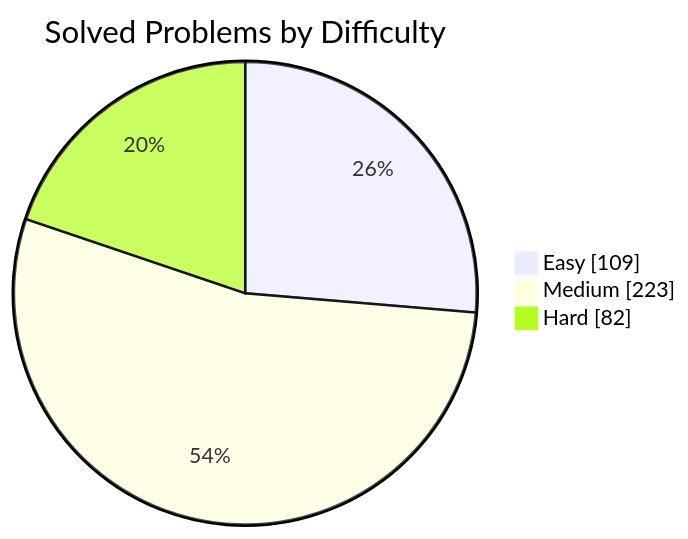
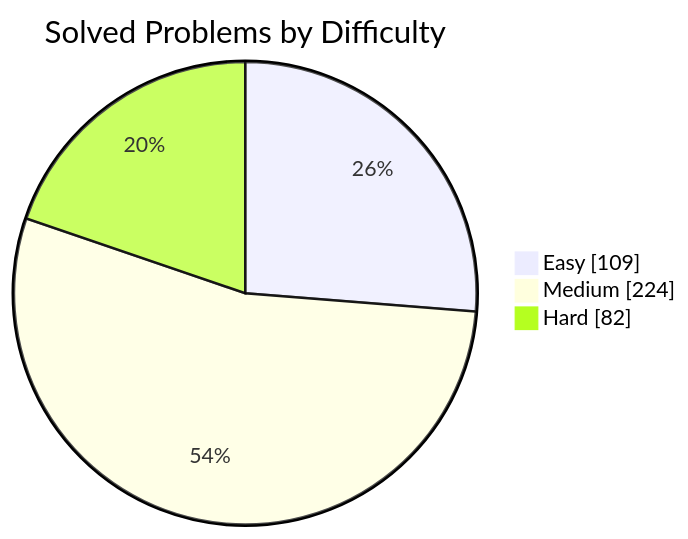
Before and after one commit to manikantbindass/DSA-Preparation-FAANG: the first of 2 diagrams in README.md, drawn with Mermaid. The commit also changed other lines of this file and 1 other file, not shown here.

````diff
--- a/README.md
+++ b/README.md
@@ -77,7 +77,7 @@
 ```mermaid
 pie showData
     title Solved Problems by Difficulty
     "Easy" : 109
-    "Medium" : 223
+    "Medium" : 224
     "Hard" : 82
 ```
````
